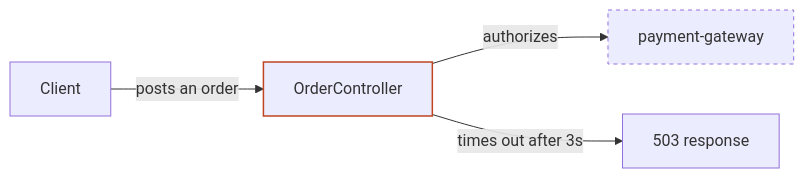
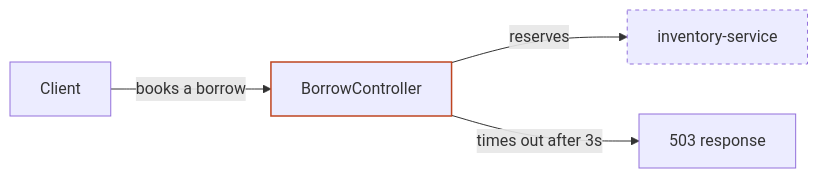
The second of 2 diagrams in core/skills/gta-writing-behavior-specs/references/diagrams.md (JojunY/generic-testing-agent), drawn with Mermaid before and after one commit. The commit also changed other lines of this file and 161 other files, not shown here.

First line of the commit message:
Name flows the way people do, and use a securities-lending running example

````diff
--- a/core/skills/gta-writing-behavior-specs/references/diagrams.md
+++ b/core/skills/gta-writing-behavior-specs/references/diagrams.md
@@ -33,8 +33,8 @@
 ```mermaid
 flowchart LR
-  C[Client] -->|posts an order| API[OrderController]:::focus
-  API -->|authorizes| PG[payment-gateway]:::external
+  C[Client] -->|books a borrow| API[BorrowController]:::focus
+  API -->|reserves| INV[inventory-service]:::external
   API -->|times out after 3s| E[503 response]
   classDef focus stroke:#bf4520,stroke-width:1.5px
   classDef external stroke-dasharray:4 4
 ```
````
